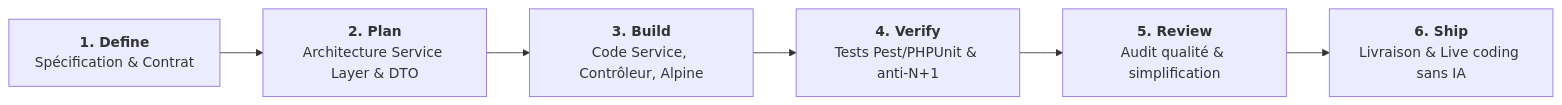
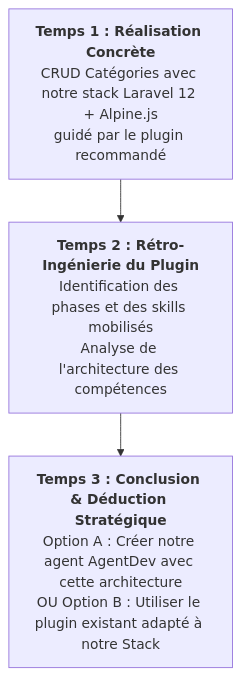
Before and after one commit to labs-agent-dev/lab-skills-framework: the diagram in 4.realisation/README.md, drawn with Mermaid. The commit also changed other lines of this file and 6 other files, not shown here.

````diff
--- a/4.realisation/README.md
+++ b/4.realisation/README.md
@@ -18,8 +24,7 @@
 ```mermaid
-flowchart LR
-    P1["<b>1. Define</b><br/>Spécification & Contrat"] --> P2["<b>2. Plan</b><br/>Architecture Service Layer & DTO"]
-    P2 --> P3["<b>3. Build</b><br/>Code Service, Contrôleur, Alpine"]
-    P3 --> P4["<b>4. Verify</b><br/>Tests Pest/PHPUnit & anti-N+1"]
-    P4 --> P5["<b>5. Review</b><br/>Audit qualité & simplification"]
-    P5 --> P6["<b>6. Ship</b><br/>Livraison & Live coding sans IA"]
+flowchart TD
+    T1["<b>Temps 1 : Réalisation Concrète</b><br/>CRUD Catégories avec notre stack Laravel 12 + Alpine.js<br/>guidé par le plugin recommandé"]
+    T2["<b>Temps 2 : Rétro-Ingénierie du Plugin</b><br/>Identification des phases et des skills mobilisés<br/>Analyse de l'architecture des compétences"]
+    T3["<b>Temps 3 : Conclusion & Déduction Stratégique</b><br/>Option A : Créer notre agent AgentDev avec cette architecture<br/>OU Option B : Utiliser le plugin existant adapté à notre Stack"]
+    T1 --> T2 --> T3
 ```
````
